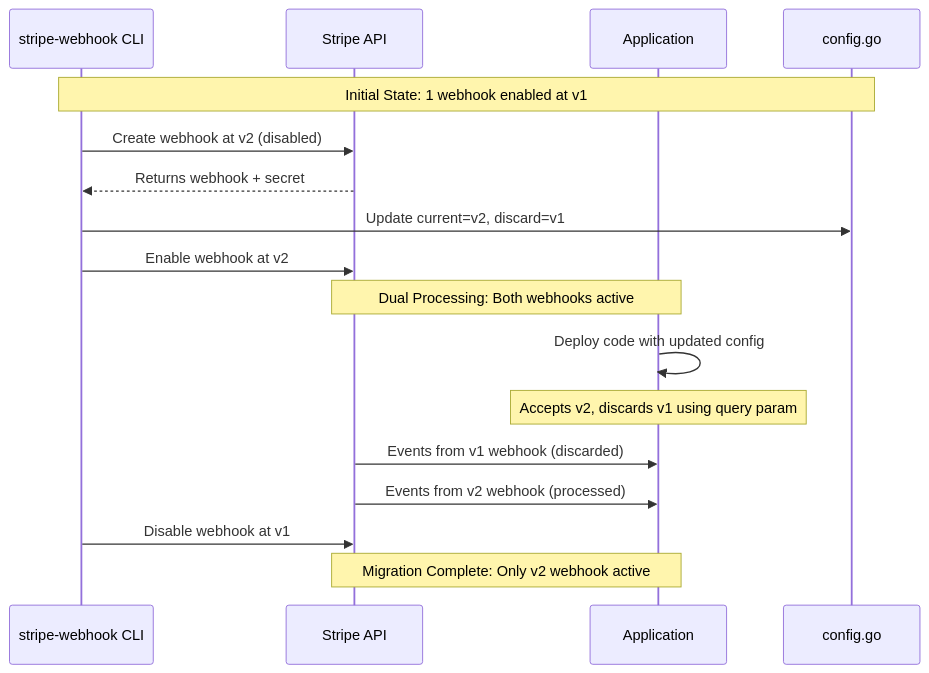
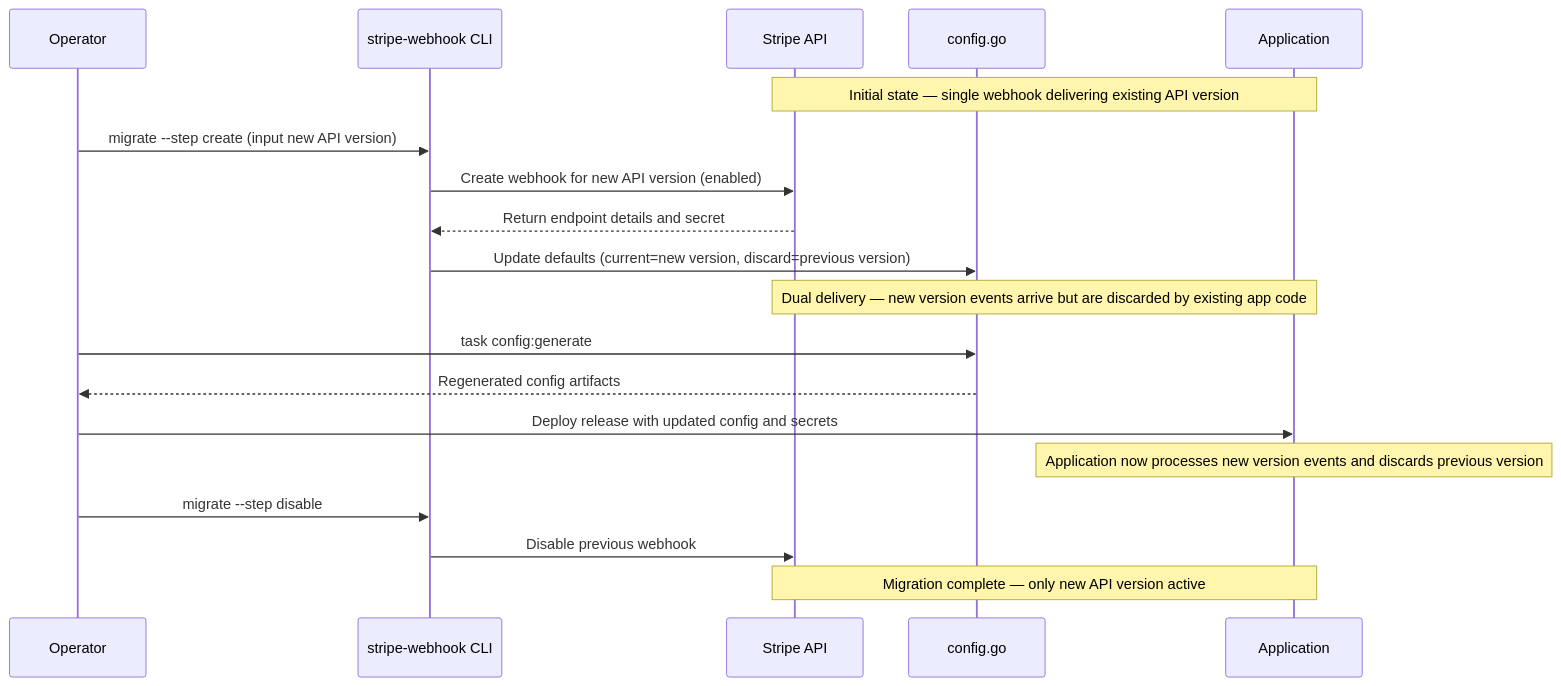
One commit to theopenlane/core changed the diagram in cmd/stripe-webhook/README.md. Above: the diagram before and after it, drawn with Mermaid. The commit also changed other lines of this file and 10 other files, not shown here.

Commit message:
this code is nice and juciy now

````diff
--- a/cmd/stripe-webhook/README.md
+++ b/cmd/stripe-webhook/README.md
@@ -9,26 +9,26 @@
 ```mermaid
 sequenceDiagram
+    participant Ops as Operator
     participant CLI as stripe-webhook CLI
     participant Stripe as Stripe API
+    participant Config as config.go
     participant App as Application
-    participant Config as config.go
 
-    Note over CLI,Config: Initial State: 1 webhook enabled at v1
+    Note over Stripe,App: Initial state — single webhook delivering existing API version
 
-    CLI->>Stripe: Create webhook at v2 (disabled)
-    Stripe-->>CLI: Returns webhook + secret
-    CLI->>Config: Update current=v2, discard=v1
-    CLI->>Stripe: Enable webhook at v2
+    Ops->>CLI: migrate --step create (input new API version)
+    CLI->>Stripe: Create webhook for new API version (enabled)
+    Stripe-->>CLI: Return endpoint details and secret
+    CLI->>Config: Update defaults (current=new version, discard=previous version)
+    Note over Stripe,App: Dual delivery — new version events arrive but are discarded by existing app code
 
-    Note over Stripe,App: Dual Processing: Both webhooks active
+    Ops->>Config: task config:generate
+    Config-->>Ops: Regenerated config artifacts
 
-    App->>App: Deploy code with updated config
-    Note over App: Accepts v2, discards v1 using query param
+    Ops->>App: Deploy release with updated config and secrets
+    Note over App: Application now processes new version events and discards previous version
 
-    Stripe->>App: Events from v1 webhook (discarded)
-    Stripe->>App: Events from v2 webhook (processed)
-
-    CLI->>Stripe: Disable webhook at v1
-
-    Note over Stripe,App: Migration Complete: Only v2 webhook active
+    Ops->>CLI: migrate --step disable
+    CLI->>Stripe: Disable previous webhook
+    Note over Stripe,App: Migration complete — only new API version active
 ```
````
